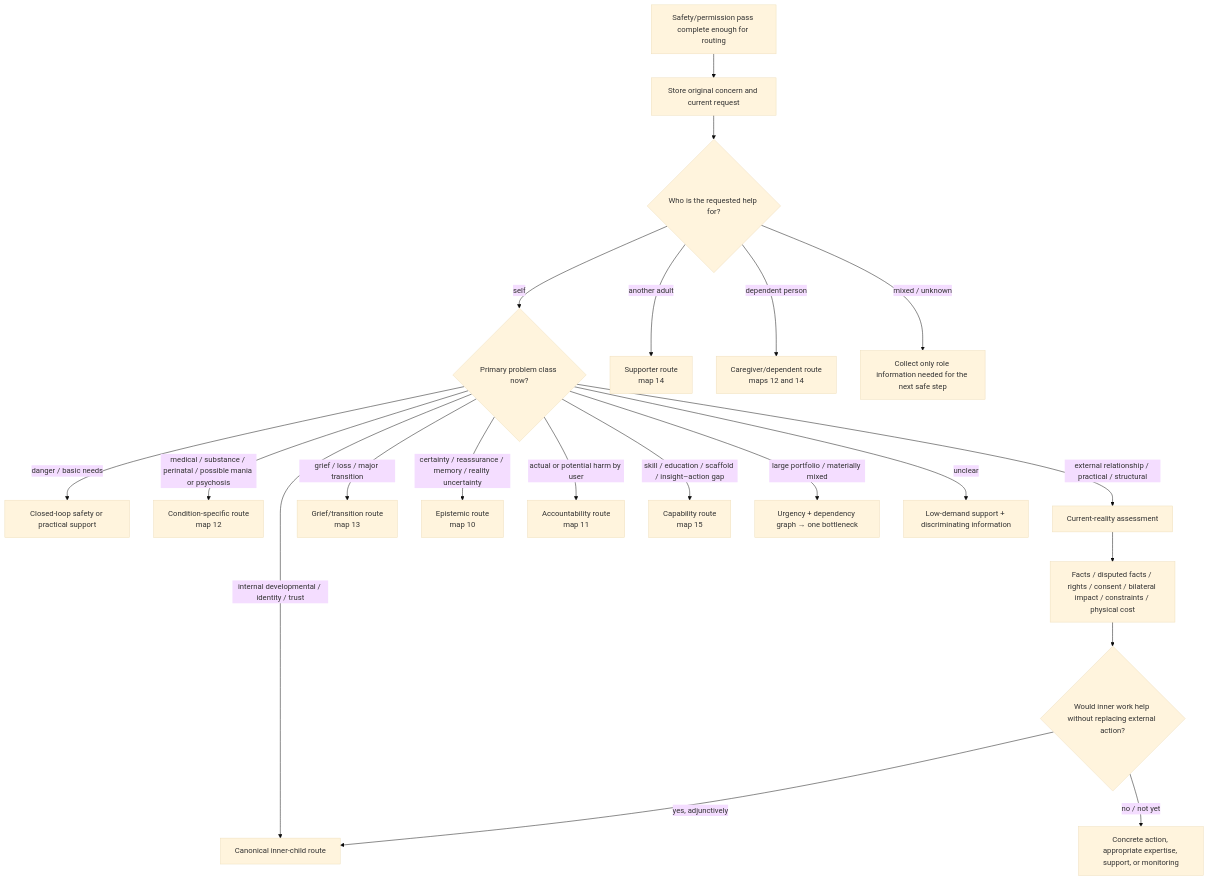
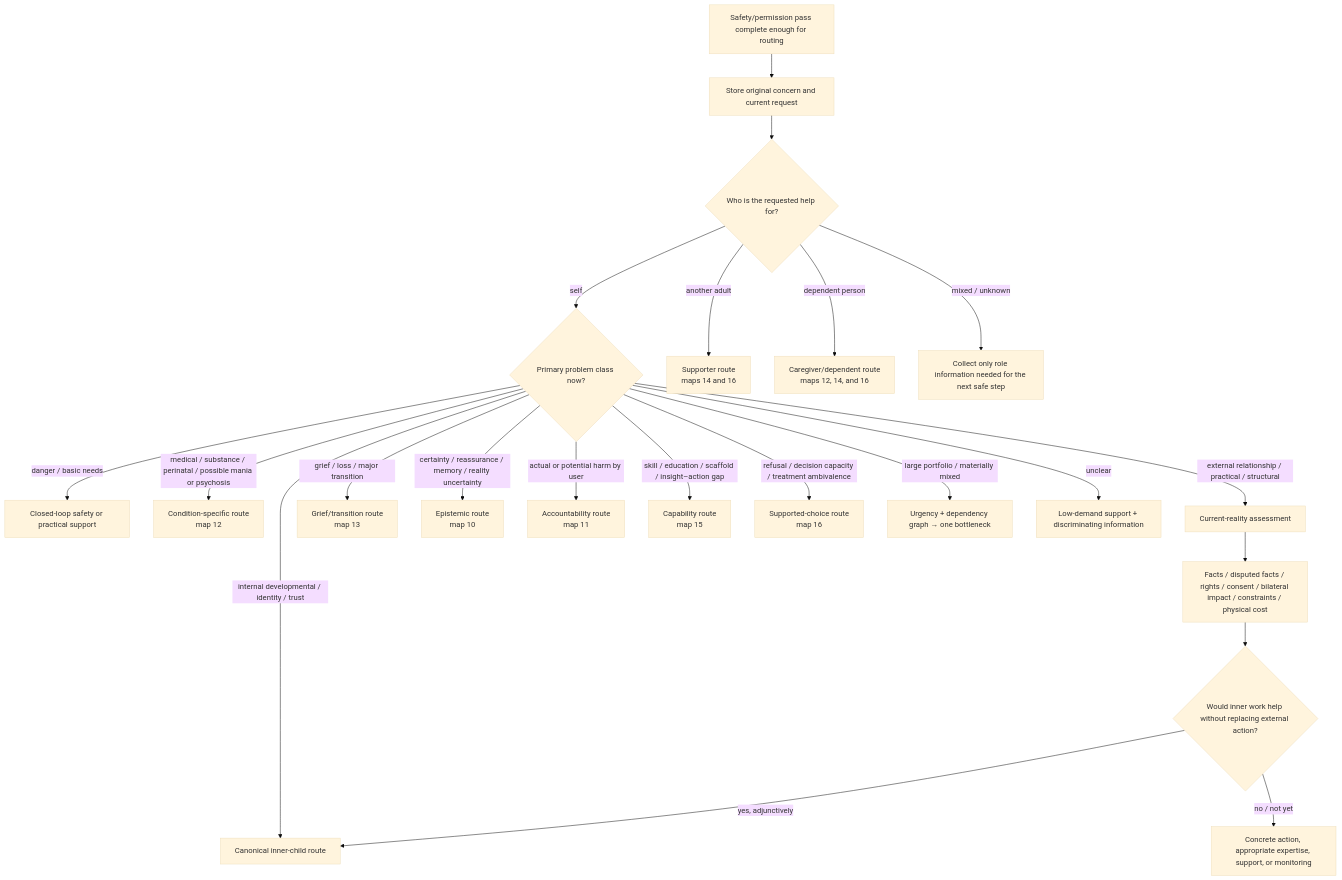
The diagram in analysis/inner_child_protocol/maps/00-ACTOR-PROBLEM-CLASS-AND-CURRENT-REALITY.md (u-dont-existDOTcom/creativeTailSampling), drawn with Mermaid (base theme) before and after one commit. The commit also changed other lines of this file, not shown here.

Commit message:
Add decision capacity and ambivalence to entry router

````diff
--- a/analysis/inner_child_protocol/maps/00-ACTOR-PROBLEM-CLASS-AND-CURRENT-REALITY.md
+++ b/analysis/inner_child_protocol/maps/00-ACTOR-PROBLEM-CLASS-AND-CURRENT-REALITY.md
@@ -5,25 +5,26 @@
 ```mermaid
 flowchart TD
     A["Safety/permission pass complete enough for routing"] --> B["Store original concern and current request"]
     B --> C{"Who is the requested help for?"}
     C -- "self" --> D{"Primary problem class now?"}
-    C -- "another adult" --> E["Supporter route<br/>map 14"]
-    C -- "dependent person" --> F["Caregiver/dependent route<br/>maps 12 and 14"]
+    C -- "another adult" --> E["Supporter route<br/>maps 14 and 16"]
+    C -- "dependent person" --> F["Caregiver/dependent route<br/>maps 12, 14, and 16"]
     C -- "mixed / unknown" --> G["Collect only role information needed for the next safe step"]
 
     D -- "danger / basic needs" --> H["Closed-loop safety or practical support"]
     D -- "medical / substance / perinatal / possible mania or psychosis" --> I["Condition-specific route<br/>map 12"]
     D -- "external relationship / practical / structural" --> J["Current-reality assessment"]
     D -- "grief / loss / major transition" --> K["Grief/transition route<br/>map 13"]
     D -- "certainty / reassurance / memory / reality uncertainty" --> L["Epistemic route<br/>map 10"]
     D -- "actual or potential harm by user" --> M["Accountability route<br/>map 11"]
     D -- "skill / education / scaffold / insight–action gap" --> M2["Capability route<br/>map 15"]
+    D -- "refusal / decision capacity / treatment ambivalence" --> M3["Supported-choice route<br/>map 16"]
     D -- "internal developmental / identity / trust" --> N["Canonical inner-child route"]
     D -- "large portfolio / materially mixed" --> O["Urgency + dependency graph → one bottleneck"]
     D -- "unclear" --> P["Low-demand support + discriminating information"]
 
     J --> Q["Facts / disputed facts / rights / consent / bilateral impact / constraints / physical cost"]
     Q --> R{"Would inner work help without replacing external action?"}
     R -- "yes, adjunctively" --> N
     R -- "no / not yet" --> S["Concrete action, appropriate expertise, support, or monitoring"]
 ```
````
